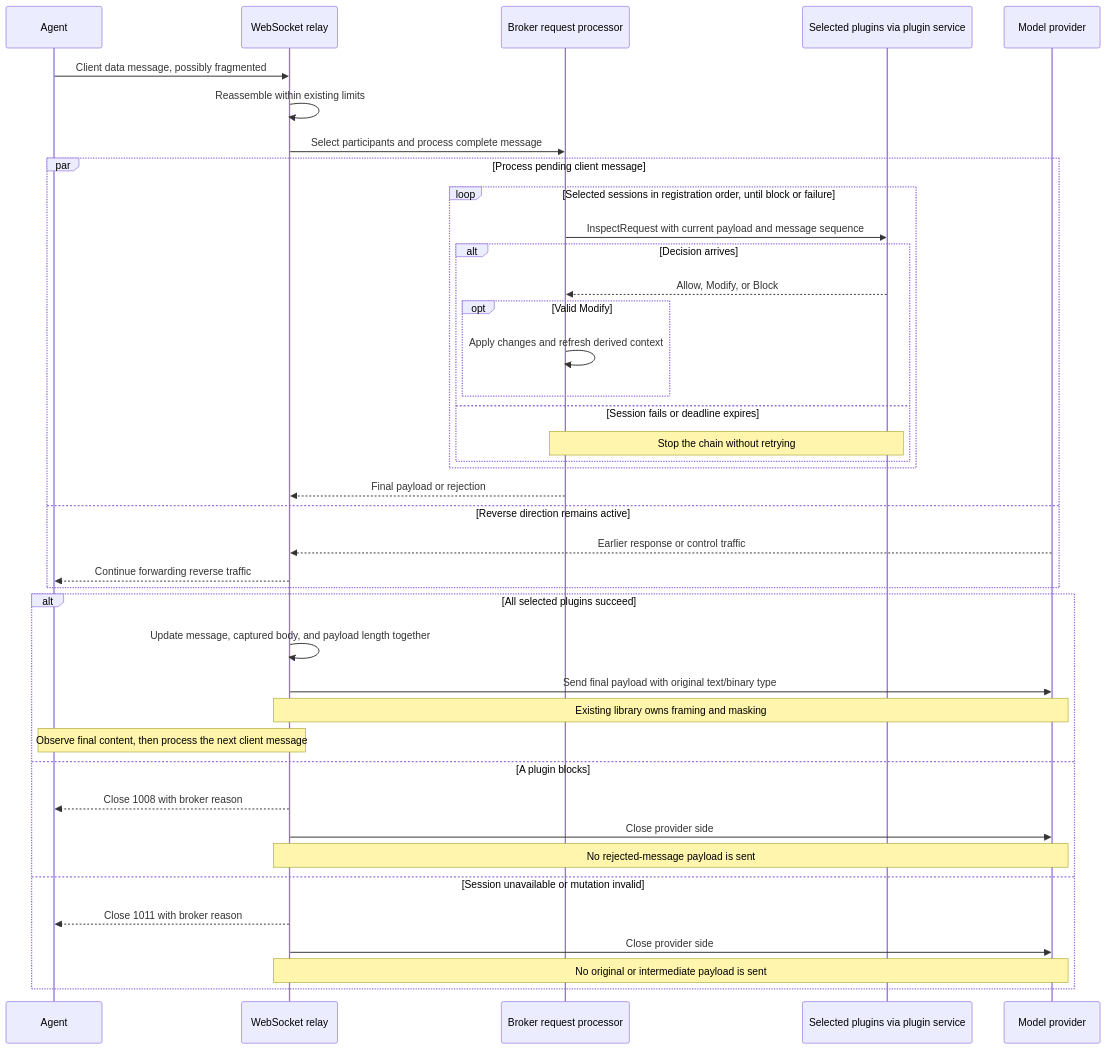
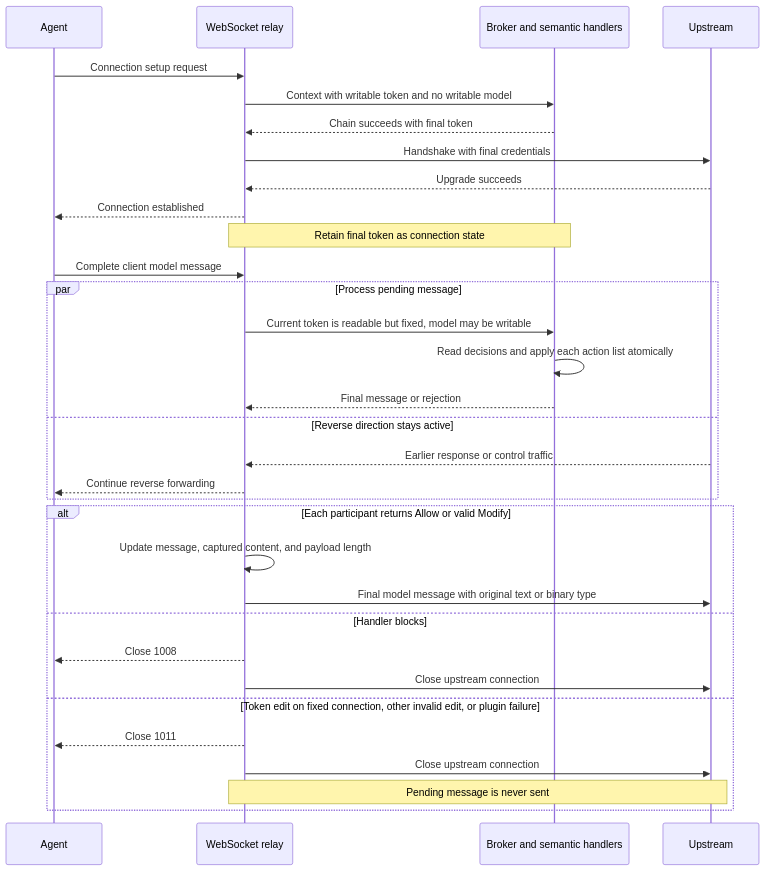
Before and after one commit to lexmount/abyss-rs: the third of 3 diagrams in docs/request-mutation-design.md, drawn with Mermaid. The commit also changed other lines of this file and 1 other file, not shown here.

First line of the commit message:
docs: define semantic request modification actions

````diff
--- a/docs/request-mutation-design.md
+++ b/docs/request-mutation-design.md
@@ -376,42 +500,34 @@
 ```mermaid
 sequenceDiagram
     participant A as Agent
     participant M as WebSocket relay
-    participant B as Broker request processor
-    participant H as Selected plugins via plugin service
-    participant P as Model provider
-    A->>M: Client data message, possibly fragmented
-    M->>M: Reassemble within existing limits
-    M->>B: Select participants and process complete message
-    par Process pending client message
-        loop Selected sessions in registration order, until block or failure
-            B->>H: InspectRequest with current payload and message sequence
-            alt Decision arrives
-                H-->>B: Allow, Modify, or Block
-                opt Valid Modify
-                    B->>B: Apply changes and refresh derived context
-                end
-            else Session fails or deadline expires
-                Note over B,H: Stop the chain without retrying
-            end
-        end
-        B-->>M: Final payload or rejection
-    and Reverse direction remains active
-        P-->>M: Earlier response or control traffic
-        M-->>A: Continue forwarding reverse traffic
+    participant B as Broker and semantic handlers
+    participant U as Upstream
+    A->>M: Connection setup request
+    M->>B: Context with writable token and no writable model
+    B-->>M: Chain succeeds with final token
+    M->>U: Handshake with final credentials
+    U-->>M: Upgrade succeeds
+    M-->>A: Connection established
+    Note over M,B: Retain final token as connection state
+    A->>M: Complete client model message
+    par Process pending message
+        M->>B: Current token is readable but fixed, model may be writable
+        B->>B: Read decisions and apply each action list atomically
+        B-->>M: Final message or rejection
+    and Reverse direction stays active
+        U-->>M: Earlier response or control traffic
+        M-->>A: Continue reverse forwarding
     end
-    alt All selected plugins succeed
-        M->>M: Update message, captured body, and payload length together
-        M->>P: Send final payload with original text/binary type
-        Note over M,P: Existing library owns framing and masking
-        Note over A,M: Observe final content, then process the next client message
-    else A plugin blocks
-        M-->>A: Close 1008 with broker reason
-        M->>P: Close provider side
-        Note over M,P: No rejected-message payload is sent
-    else Session unavailable or mutation invalid
-        M-->>A: Close 1011 with broker reason
-        M->>P: Close provider side
-        Note over M,P: No original or intermediate payload is sent
+    alt Each participant returns Allow or valid Modify
+        M->>M: Update message, captured content, and payload length
+        M->>U: Final model message with original text or binary type
+    else Handler blocks
+        M-->>A: Close 1008
+        M->>U: Close upstream connection
+    else Token edit on fixed connection, other invalid edit, or plugin failure
+        M-->>A: Close 1011
+        M->>U: Close upstream connection
+        Note over M,U: Pending message is never sent
     end
 ```
````
